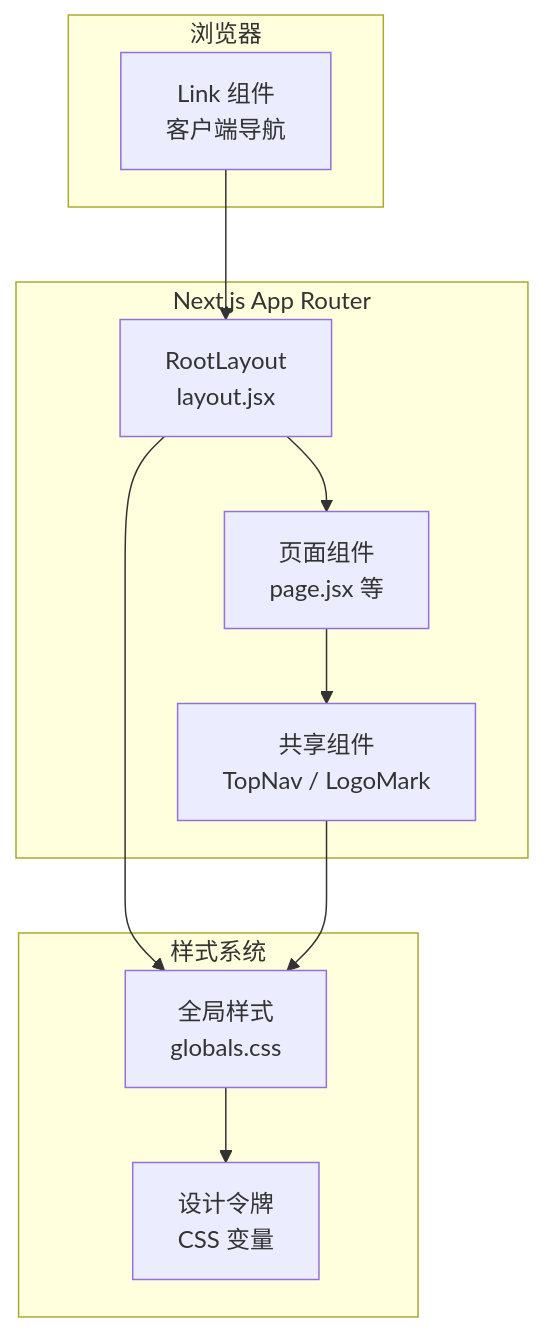
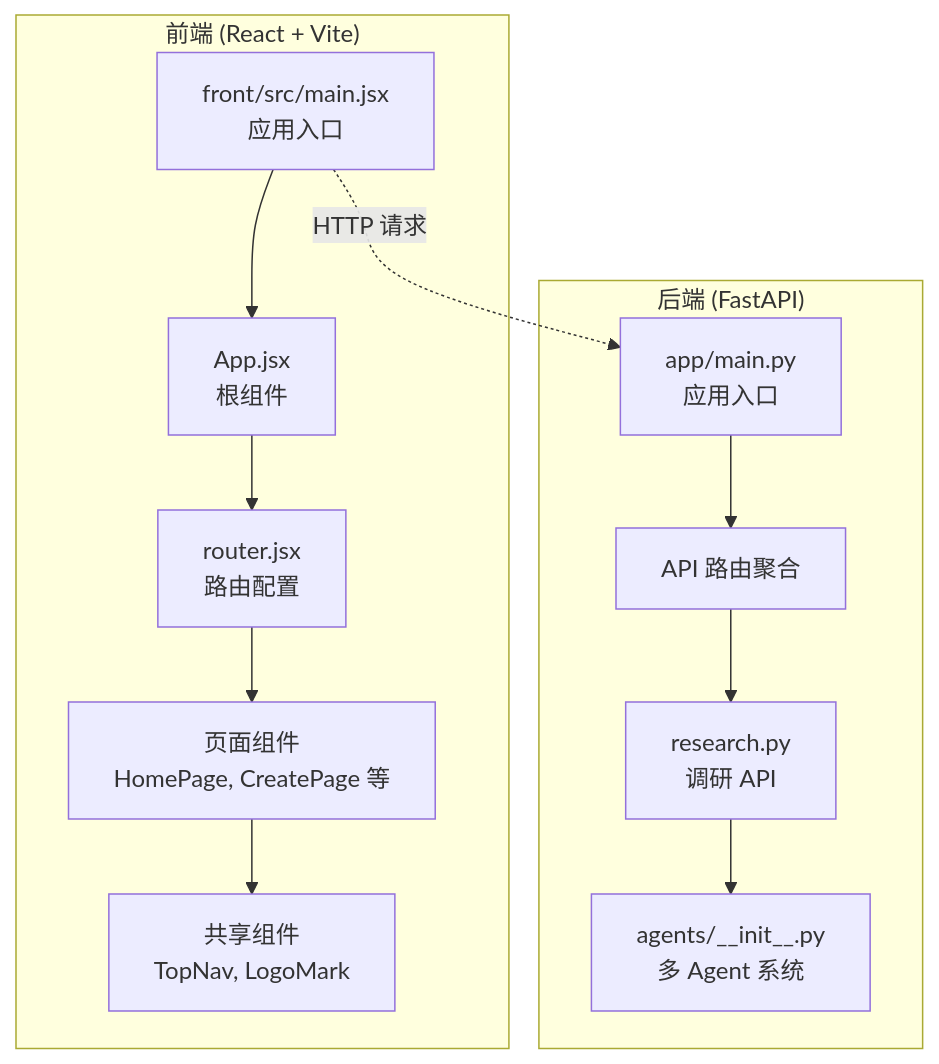
Before and after one commit to marvin9551/InsightMesh: the first of 5 diagrams in .qoder/repowiki/zh/content/项目架构/项目架构.md, drawn with Mermaid. The commit also changed other lines of this file and 10 other files, not shown here.

````diff
--- a/.qoder/repowiki/zh/content/项目架构/项目架构.md
+++ b/.qoder/repowiki/zh/content/项目架构/项目架构.md
@@ -114,21 +72,15 @@
 ```mermaid
 graph TB
-subgraph "浏览器"
-L["Link 组件<br/>客户端导航"]
+subgraph "前端 (React + Vite)"
+FE["front/src/main.jsx<br/>应用入口"] --> APP["App.jsx<br/>根组件"]
+APP --> ROUTER["router.jsx<br/>路由配置"]
+ROUTER --> PAGES["页面组件<br/>HomePage, CreatePage 等"]
+PAGES --> COMPONENTS["共享组件<br/>TopNav, LogoMark"]
 end
-subgraph "Next.js App Router"
-RL["RootLayout<br/>layout.jsx"]
-P["页面组件<br/>page.jsx 等"]
-C["共享组件<br/>TopNav / LogoMark"]
+subgraph "后端 (FastAPI)"
+BE_MAIN["app/main.py<br/>应用入口"] --> API_ROUTER["API 路由聚合"]
+API_ROUTER --> RESEARCH_API["research.py<br/>调研 API"]
+RESEARCH_API --> AGENTS["agents/__init__.py<br/>多 Agent 系统"]
 end
-subgraph "样式系统"
-GC["全局样式<br/>globals.css"]
-DT["设计令牌<br/>CSS 变量"]
-end
-L --> RL
-RL --> P
-P --> C
-RL --> GC
-GC --> DT
-C --> GC
+FE -.->|HTTP 请求| BE_MAIN
 ```
````
